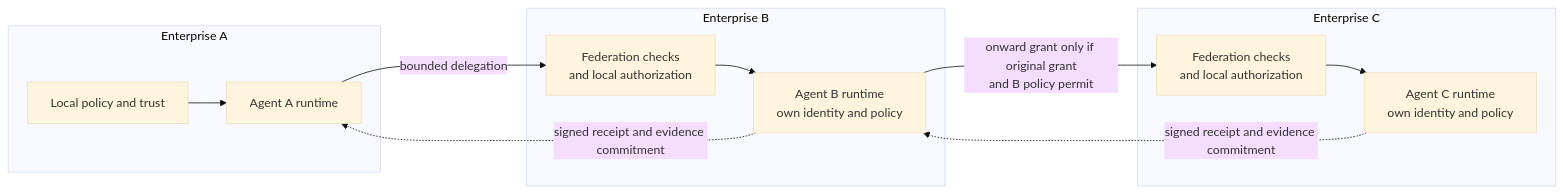
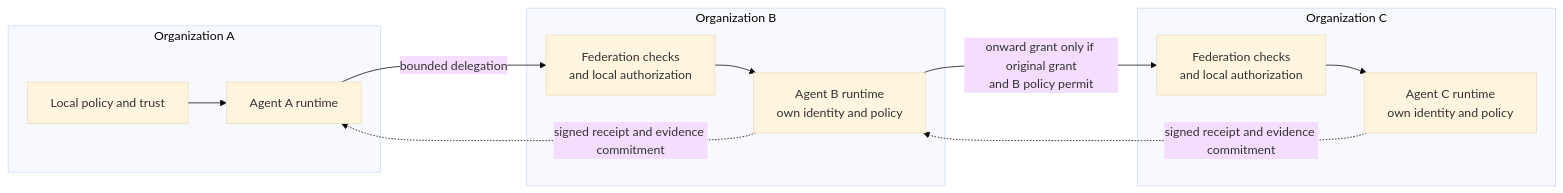
One commit to nolabs-ai/agent-runtime-security changed the diagram in diagrams/03-federation.mmd. Above: the diagram before and after it, drawn with Mermaid (base theme). The commit also changed 37 other files, not shown here.

First line of the commit message:
feat(docs): update paper and diagrams for runtime governance

```diff
--- a/diagrams/03-federation.mmd
+++ b/diagrams/03-federation.mmd
@@ -1,20 +1,20 @@
 flowchart LR
-  subgraph EA["Enterprise A"]
+  subgraph EA["Organization A"]
     PA["Local policy and trust"]
     RA["Agent A runtime"]
     PA --> RA
   end
-  subgraph EB["Enterprise B"]
+  subgraph EB["Organization B"]
     PB["Federation checks<br/>and local authorization"]
     RB["Agent B runtime<br/>own identity and policy"]
     PB --> RB
   end
-  subgraph EC["Enterprise C"]
+  subgraph EC["Organization C"]
     PC["Federation checks<br/>and local authorization"]
     RC["Agent C runtime<br/>own identity and policy"]
     PC --> RC
   end
   RA -->|"bounded delegation"| PB
   RB -->|"onward grant only if original grant<br/>and B policy permit"| PC
   RB -.->|"signed receipt and evidence commitment"| RA
   RC -.->|"signed receipt and evidence commitment"| RB
```
